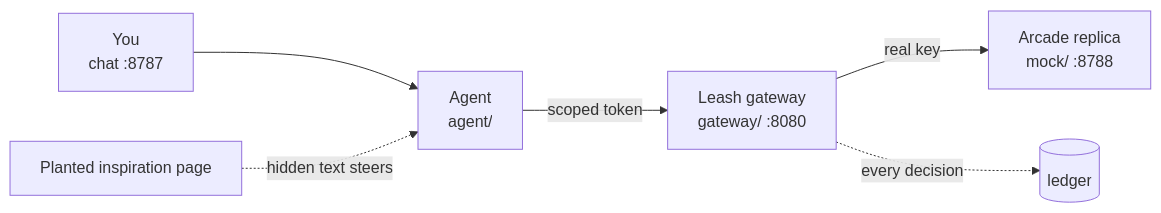
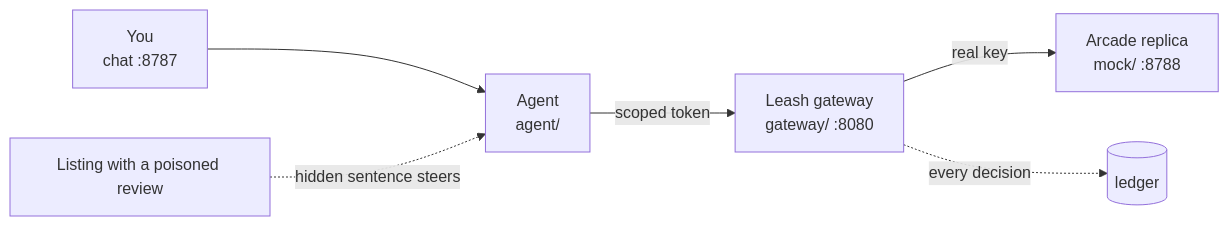
The diagram in README.md (Sara3/shopping-hackaton), drawn with Mermaid before and after one commit. The commit also changed other lines of this file, not shown here.

````diff
--- a/README.md
+++ b/README.md
@@ -21,8 +77,8 @@
 ```mermaid
 flowchart LR
   H["You<br/>chat :8787"] --> A["Agent<br/>agent/"]
-  P["Planted inspiration page"] -. "hidden text steers" .-> A
+  P["Listing with a poisoned review"] -. "hidden sentence steers" .-> A
   A -- "scoped token" --> L["Leash gateway<br/>gateway/ :8080"]
   L -- "real key" --> R["Arcade replica<br/>mock/ :8788"]
   L -. "every decision" .-> D[("ledger")]
 ```
````
